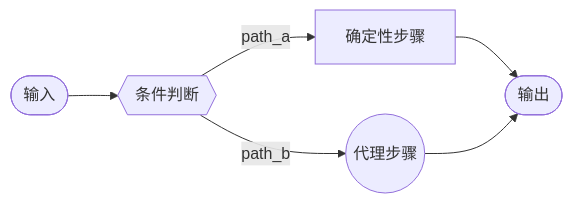
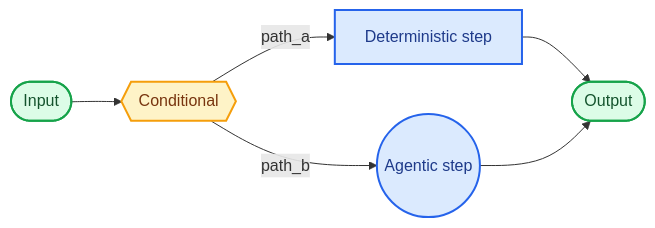
The first of 2 diagrams in oss/javascript/langchain/multi-agent/custom-workflow.mdx (kunfan96/cndocs-langchain), drawn with Mermaid before and after one commit. The commit also changed other lines of this file and 2611 other files, not shown here.

````diff
--- a/oss/javascript/langchain/multi-agent/custom-workflow.mdx
+++ b/oss/javascript/langchain/multi-agent/custom-workflow.mdx
@@ -7,8 +7,16 @@
 ```mermaid
 graph LR
-    A([输入]) --> B{{条件判断}}
-    B -->|path_a| C[确定性步骤]
-    B -->|path_b| D((代理步骤))
-    C --> G([输出])
-    D --> G([输出])
+    A([Input]) --> B{{Conditional}}
+    B -->|path_a| C[Deterministic step]
+    B -->|path_b| D((Agentic step))
+    C --> G([Output])
+    D --> G([Output])
+
+    classDef trigger fill:#DCFCE7,stroke:#16A34A,stroke-width:2px,color:#14532D
+    classDef process fill:#DBEAFE,stroke:#2563EB,stroke-width:2px,color:#1E3A8A
+    classDef decision fill:#FEF3C7,stroke:#F59E0B,stroke-width:2px,color:#78350F
+
+    class A,G trigger
+    class C,D process
+    class B decision
 ```
````
